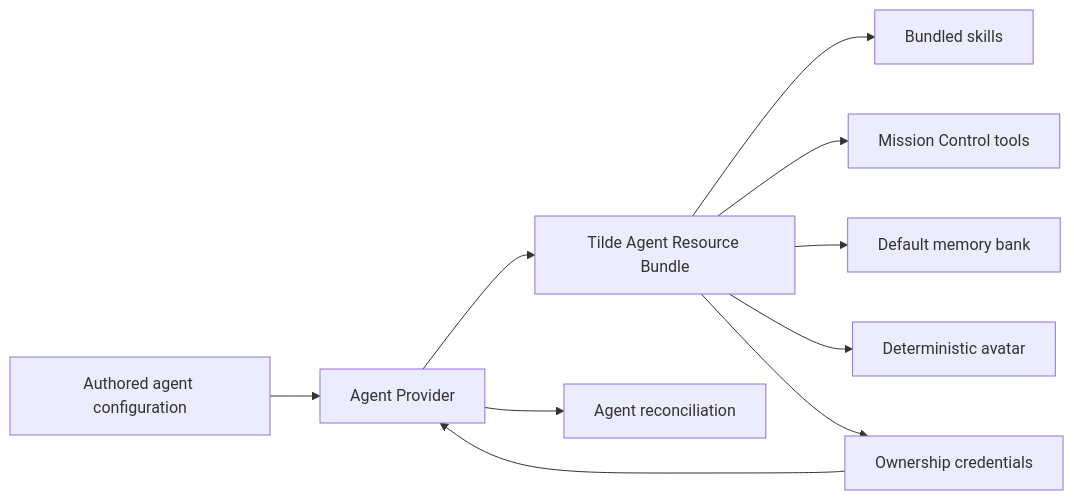
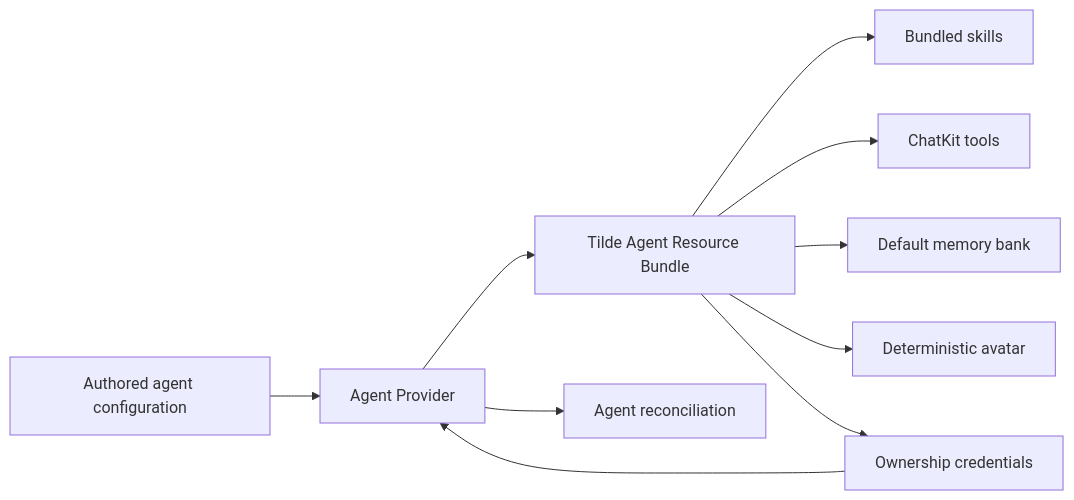
One commit to trytilde/dispatch changed the diagram in docs/updates/95.md. Above: the diagram before and after it, drawn with Mermaid. The commit also changed other lines of this file and 51 other files, not shown here.

First line of the commit message:
feat(chat): adopt ChatKit realtime events (#101)

````diff
--- a/docs/updates/95.md
+++ b/docs/updates/95.md
@@ -12,12 +12,12 @@
 ```mermaid
 flowchart LR
     C[Authored agent configuration] --> P[Agent Provider]
     P --> B[Tilde Agent Resource Bundle]
     B --> S[Bundled skills]
-    B --> T[Mission Control tools]
+    B --> T[ChatKit tools]
     B --> M[Default memory bank]
     B --> A[Deterministic avatar]
     B --> O[Ownership credentials]
     O --> P
     P --> R[Agent reconciliation]
 ```
````
